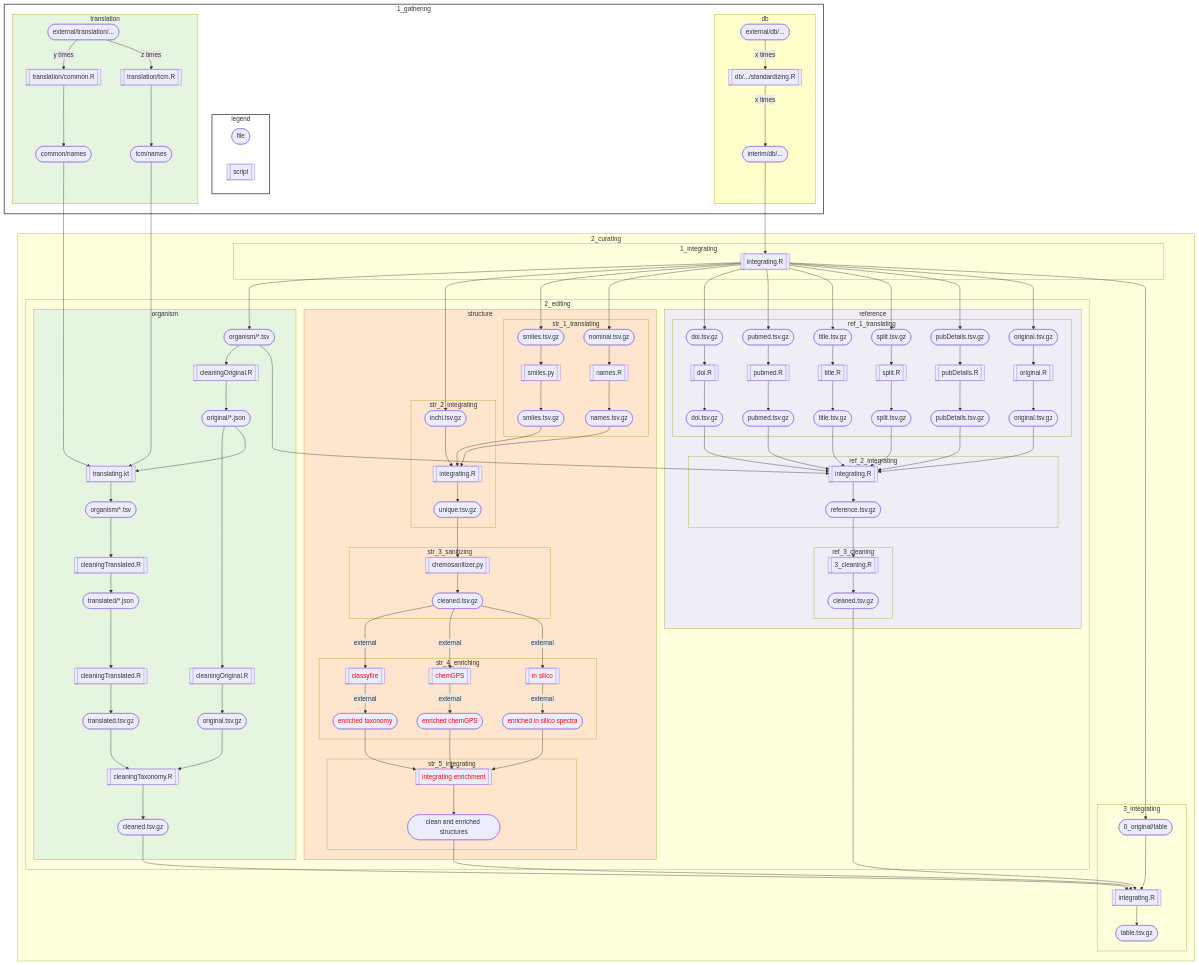
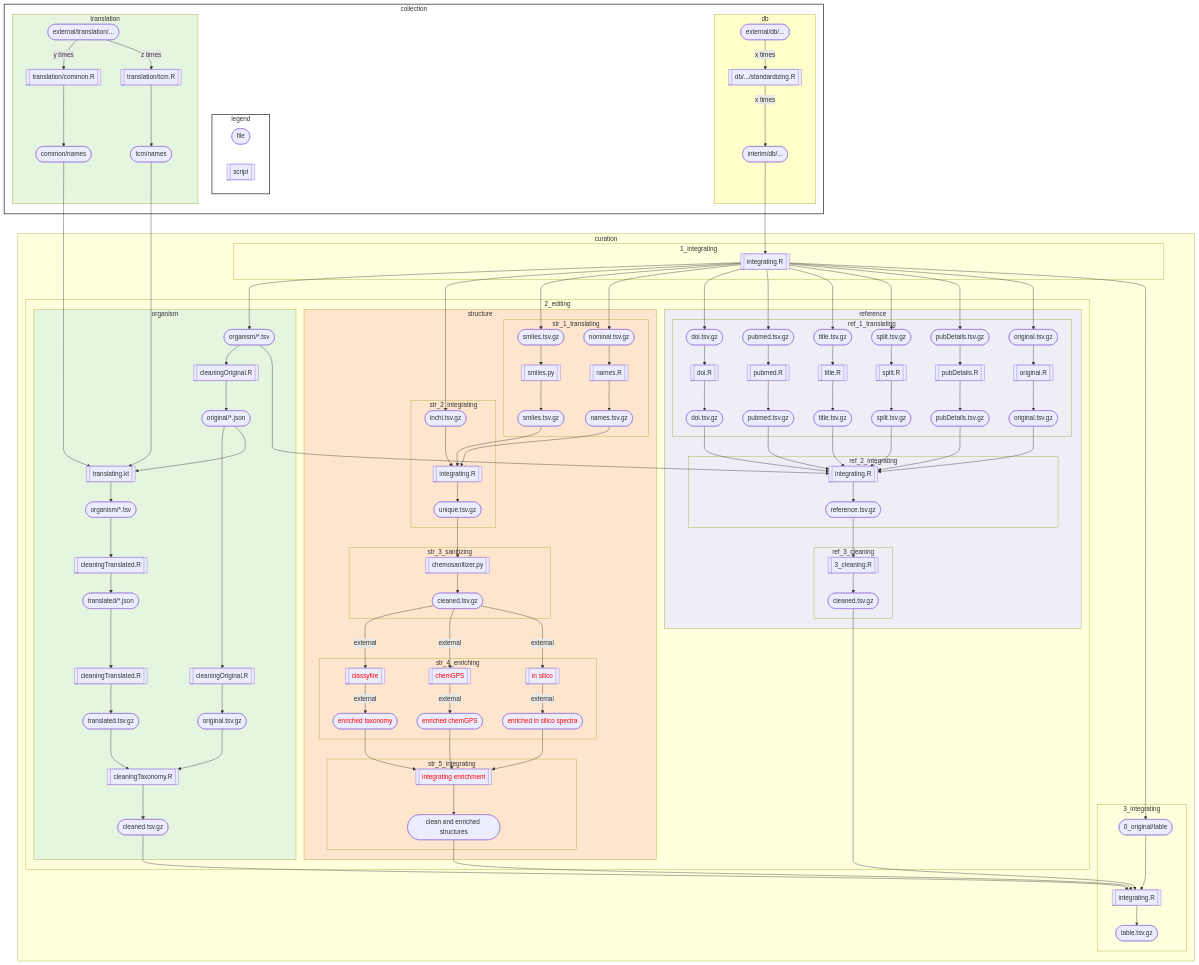
One commit to lotusnprod/lotus-processor changed the diagram in README.md. Above: the diagram before and after it, drawn with Mermaid.

````diff
--- a/README.md
+++ b/README.md
@@ -8,8 +8,8 @@
 ```mermaid
 graph TD
 
-subgraph 1_gathering
-style 1_gathering fill:#FFFFFF,stroke:#424242,stroke-width:2px
+subgraph collection
+style collection fill:#FFFFFF,stroke:#424242,stroke-width:2px
 subgraph legend
 style legend fill:#FFFFFF,stroke:#424242,stroke-width:2px
 A([file])
@@ -34,7 +34,7 @@
 050([common/names]) --> 105[[2_translating.kt]]
 070([tcm/names]) --> 105[[2_translating.kt]]
 
-subgraph 2_curating
+subgraph curation
 subgraph 1_integrating
 030([interim/db/...])  --> 080[[integrating.R]]
 end
````
